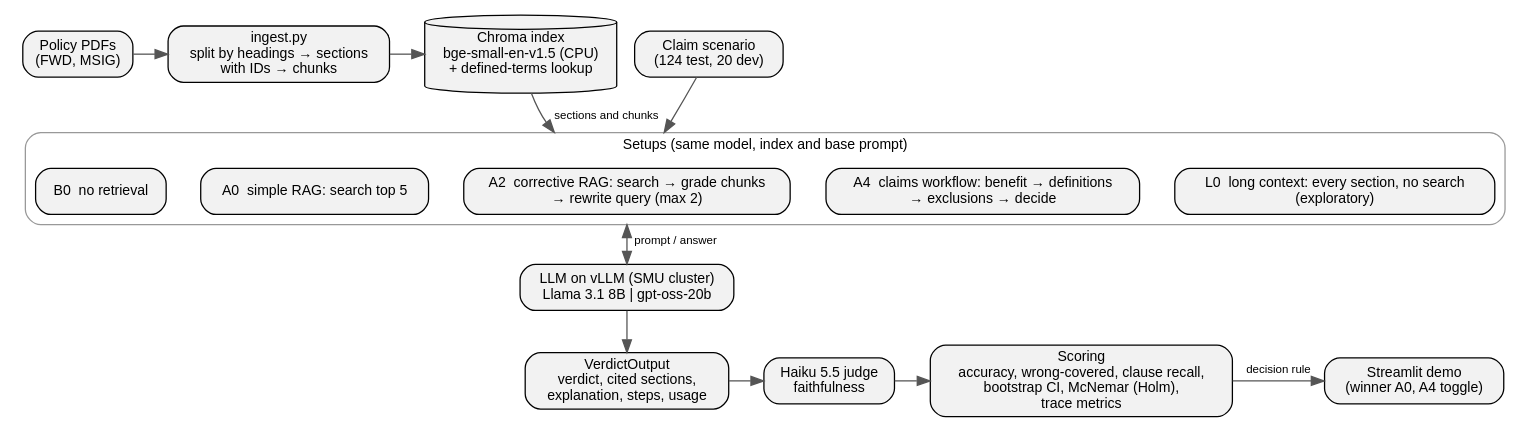
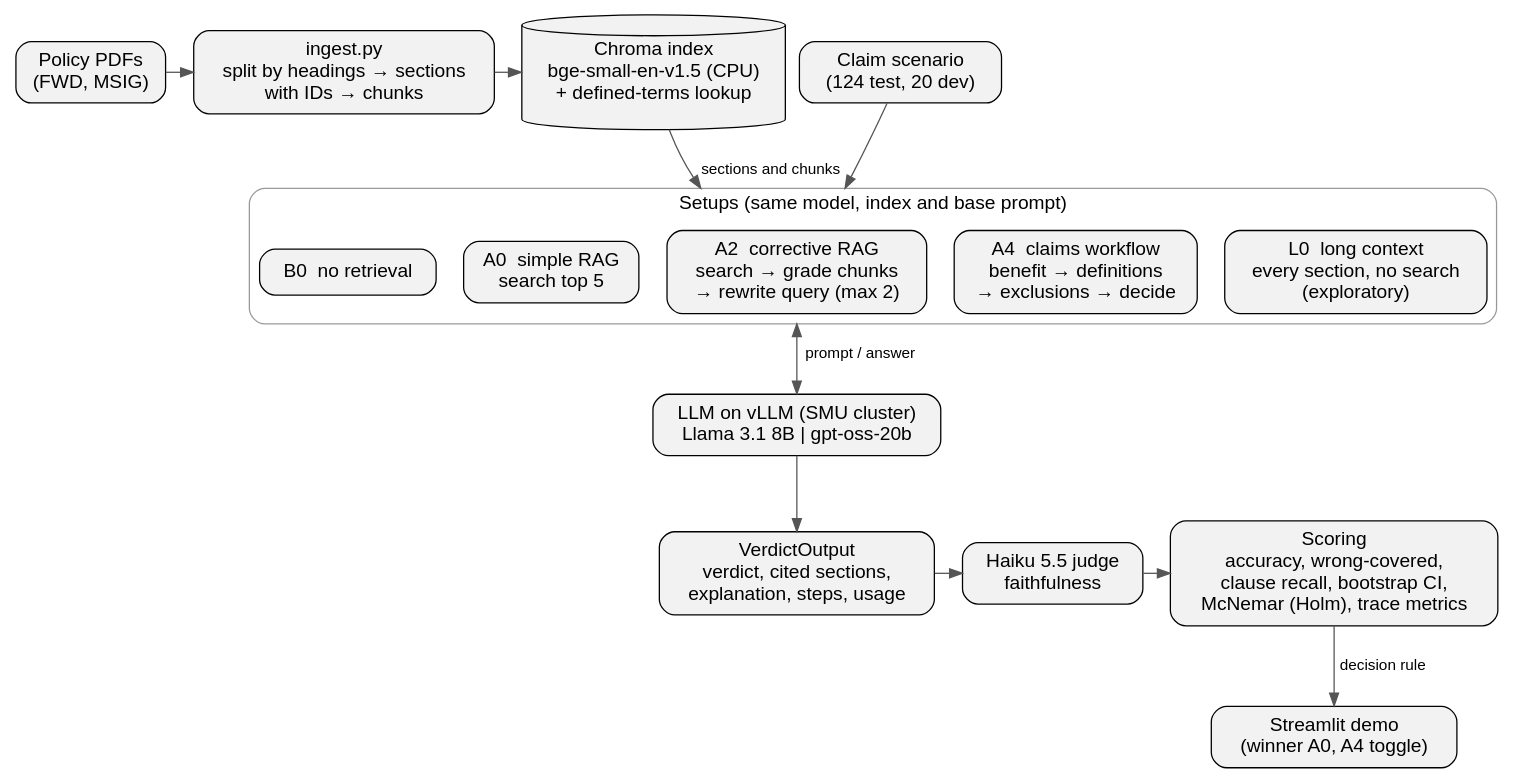
The diagram in docs/figures/architecture_16x9.dot (yezhan58-oss/insurance_policy_checker-rag), drawn with Graphviz before and after one commit. The commit also changed 1 other file, not shown here.

Commit message:
docs: 16:9 architecture diagram, larger boxes and text

```diff
--- a/docs/figures/architecture_16x9.dot
+++ b/docs/figures/architecture_16x9.dot
@@ -1,37 +1,38 @@
 // Render: dot -Tpng -Gdpi=200 architecture.dot -o architecture.png
 digraph G {
-  rankdir=TB; nodesep=0.2; ranksep=0.35; compound=true;
-  node [shape=box, style="rounded,filled", fillcolor="#f2f2f2", fontname="Helvetica", fontsize=11];
-  edge [fontname="Helvetica", fontsize=9, color="#555555"];
+  rankdir=TB; nodesep=0.15; ranksep=0.7; compound=true;
+  node [shape=box, style="rounded,filled", fillcolor="#f2f2f2", fontname="Helvetica", fontsize=15, margin="0.15,0.1"];
+  edge [fontname="Helvetica", fontsize=12, color="#555555"];
 
   pdf   [label="Policy PDFs\n(FWD, MSIG)"];
   ingest[label="ingest.py\nsplit by headings → sections\nwith IDs → chunks"];
   index [label="Chroma index\nbge-small-en-v1.5 (CPU)\n+ defined-terms lookup", shape=cylinder];
   scen  [label="Claim scenario\n(124 test, 20 dev)"];
 
 
   subgraph cluster_setups {
-    label="Setups (same model, index and base prompt)"; fontname="Helvetica"; fontsize=11; style="rounded"; color="#999999";
+    label="Setups (same model, index and base prompt)"; fontname="Helvetica"; fontsize=15; style="rounded"; color="#999999";
     B0 [label="B0  no retrieval"];
-    A0 [label="A0  simple RAG: search top 5"];
-    A2 [label="A2  corrective RAG: search → grade chunks\n→ rewrite query (max 2)"];
-    A4 [label="A4  claims workflow: benefit → definitions\n→ exclusions → decide"];
-    L0 [label="L0  long context: every section, no search\n(exploratory)"];
+    A0 [label="A0  simple RAG
+search top 5"];
+    A2 [label="A2  corrective RAG\nsearch → grade chunks\n→ rewrite query (max 2)"];
+    A4 [label="A4  claims workflow\nbenefit → definitions\n→ exclusions → decide"];
+    L0 [label="L0  long context\nevery section, no search\n(exploratory)"];
     { rank=same; B0 -> A0 -> A2 -> A4 -> L0 [style=invis]; }
   }
 
   llm   [label="LLM on vLLM (SMU cluster)\nLlama 3.1 8B | gpt-oss-20b"];
   out   [label="VerdictOutput\nverdict, cited sections,\nexplanation, steps, usage"];
-  score [label="Scoring\naccuracy, wrong-covered, clause recall,\nbootstrap CI, McNemar (Holm),\ntrace metrics"];
+  score [label="Scoring\naccuracy, wrong-covered, \nclause recall, bootstrap CI,\nMcNemar (Holm), trace metrics"];
   judge [label="Haiku 5.5 judge\nfaithfulness"];
   demo  [label="Streamlit demo\n(winner A0, A4 toggle)"];
 
   { rank=same; pdf -> ingest -> index; scen; }
-  { rank=same; out; judge; score; demo; }
+  { rank=same; out; judge; score; }
   index -> A2 [lhead=cluster_setups, label="sections and chunks"];
   scen  -> A2 [lhead=cluster_setups];
   A2 -> llm [ltail=cluster_setups, dir=both, label="prompt / answer"];
   llm -> out;
   out -> judge -> score;
   score -> demo [label="decision rule"];
 }
```
